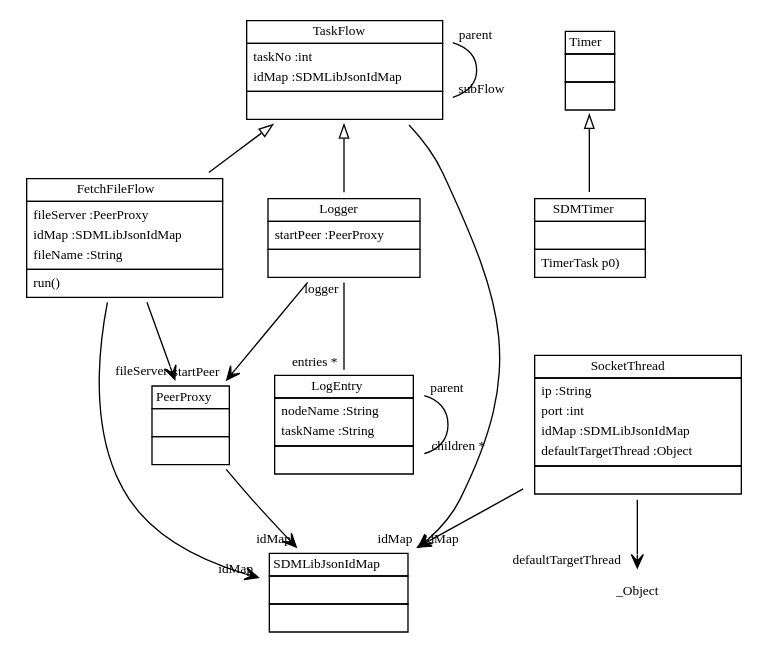
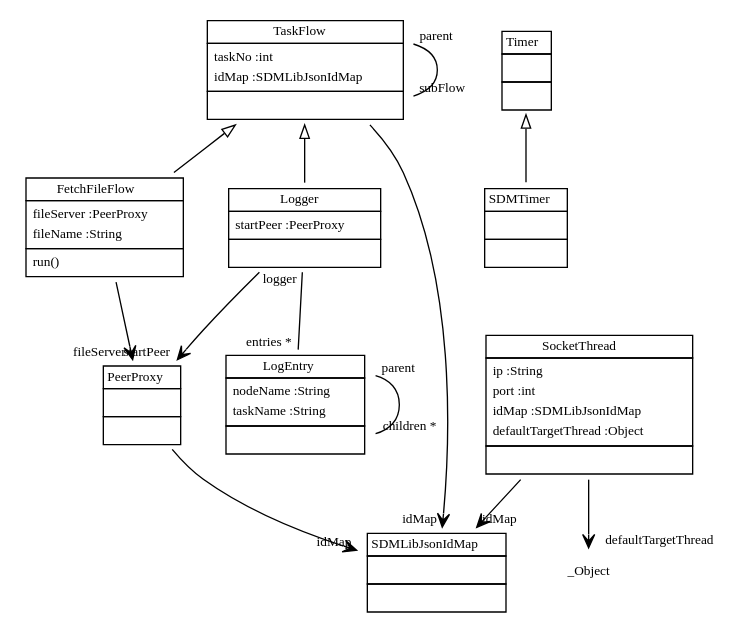
One commit to fujaba/SDMLib changed the diagram in doc/taskFlowModelClassDiagram1.dot. Above: the diagram before and after it, drawn with Graphviz. The commit also changed 9 other files, not shown here.

```diff
--- a/doc/taskFlowModelClassDiagram1.dot
+++ b/doc/taskFlowModelClassDiagram1.dot
@@ -1,33 +1,32 @@
 
  digraph ClassDiagram {
     node [shape = none, fontsize = 10]; 
     edge [fontsize = 10];
     
     
     _TaskFlow [label=<<table border='0' cellborder='1' cellspacing='0'> <tr> <td HREF="../src/TaskFlow.java">TaskFlow</td> </tr> <tr><td><table border='0' cellborder='0' cellspacing='0'> <tr><td align='left'>taskNo :int</td></tr> <tr><td align='left'>idMap :SDMLibJsonIdMap</td></tr>  </table></td></tr> <tr><td><table border='0' cellborder='0' cellspacing='0'> <tr><td> </td></tr> </table></td></tr> </table>>];
     _PeerProxy [label=<<table border='0' cellborder='1' cellspacing='0'> <tr> <td HREF="../src/PeerProxy.java">PeerProxy</td> </tr> <tr><td><table border='0' cellborder='0' cellspacing='0'> <tr><td align='left'>ip :String</td></tr> <tr><td align='left'>port :int</td></tr> <tr><td align='left'>idMap :SDMLibJsonIdMap</td></tr>  </table></td></tr> <tr><td><table border='0' cellborder='0' cellspacing='0'> <tr><td> </td></tr> </table></td></tr> </table>>];
     _SocketThread [label=<<table border='0' cellborder='1' cellspacing='0'> <tr> <td HREF="../src/SocketThread.java">SocketThread</td> </tr> <tr><td><table border='0' cellborder='0' cellspacing='0'> <tr><td align='left'>ip :String</td></tr> <tr><td align='left'>port :int</td></tr> <tr><td align='left'>idMap :SDMLibJsonIdMap</td></tr> <tr><td align='left'>defaultTargetThread :Object</td></tr>  </table></td></tr> <tr><td><table border='0' cellborder='0' cellspacing='0'> <tr><td> </td></tr> </table></td></tr> </table>>];
-    _FetchFileFlow [label=<<table border='0' cellborder='1' cellspacing='0'> <tr> <td HREF="../src/FetchFileFlow.java">FetchFileFlow</td> </tr> <tr><td><table border='0' cellborder='0' cellspacing='0'> <tr><td align='left'>fileServer :PeerProxy</td></tr> <tr><td align='left'>idMap :SDMLibJsonIdMap</td></tr> <tr><td align='left'>fileName :String</td></tr>  </table></td></tr> <tr><td><table border='0' cellborder='0' cellspacing='0'> <tr><td align='left'>run()</td></tr>  </table></td></tr> </table>>];
+    _FetchFileFlow [label=<<table border='0' cellborder='1' cellspacing='0'> <tr> <td HREF="../src/FetchFileFlow.java">FetchFileFlow</td> </tr> <tr><td><table border='0' cellborder='0' cellspacing='0'> <tr><td align='left'>fileServer :PeerProxy</td></tr> <tr><td align='left'>fileName :String</td></tr>  </table></td></tr> <tr><td><table border='0' cellborder='0' cellspacing='0'> <tr><td align='left'>run()</td></tr>  </table></td></tr> </table>>];
     _Logger [label=<<table border='0' cellborder='1' cellspacing='0'> <tr> <td HREF="../src/Logger.java">Logger</td> </tr> <tr><td><table border='0' cellborder='0' cellspacing='0'> <tr><td align='left'>startPeer :PeerProxy</td></tr>  </table></td></tr> <tr><td><table border='0' cellborder='0' cellspacing='0'> <tr><td> </td></tr> </table></td></tr> </table>>];
     _LogEntry [label=<<table border='0' cellborder='1' cellspacing='0'> <tr> <td HREF="../src/LogEntry.java">LogEntry</td> </tr> <tr><td><table border='0' cellborder='0' cellspacing='0'> <tr><td align='left'>nodeName :String</td></tr> <tr><td align='left'>taskName :String</td></tr>  </table></td></tr> <tr><td><table border='0' cellborder='0' cellspacing='0'> <tr><td> </td></tr> </table></td></tr> </table>>];
     _Timer [label=<<table border='0' cellborder='1' cellspacing='0'> <tr> <td HREF="../src/java/util/Timer.java">Timer</td> </tr> <tr><td><table border='0' cellborder='0' cellspacing='0'> <tr><td> </td></tr> </table></td></tr> <tr><td><table border='0' cellborder='0' cellspacing='0'> <tr><td> </td></tr> </table></td></tr> </table>>];
-    _SDMTimer [label=<<table border='0' cellborder='1' cellspacing='0'> <tr> <td HREF="../src/SDMTimer.java">SDMTimer</td> </tr> <tr><td><table border='0' cellborder='0' cellspacing='0'> <tr><td> </td></tr> </table></td></tr> <tr><td><table border='0' cellborder='0' cellspacing='0'> <tr><td align='left'>TimerTask p0)</td></tr>  </table></td></tr> </table>>];
+    _SDMTimer [label=<<table border='0' cellborder='1' cellspacing='0'> <tr> <td HREF="../src/SDMTimer.java">SDMTimer</td> </tr> <tr><td><table border='0' cellborder='0' cellspacing='0'> <tr><td> </td></tr> </table></td></tr> <tr><td><table border='0' cellborder='0' cellspacing='0'> <tr><td> </td></tr> </table></td></tr> </table>>];
     _SDMLibJsonIdMap [label=<<table border='0' cellborder='1' cellspacing='0'> <tr> <td HREF="../src/org/sdmlib/serialization/SDMLibJsonIdMap.java">SDMLibJsonIdMap</td> </tr> <tr><td><table border='0' cellborder='0' cellspacing='0'> <tr><td> </td></tr> </table></td></tr> <tr><td><table border='0' cellborder='0' cellspacing='0'> <tr><td> </td></tr> </table></td></tr> </table>>];
     _PeerProxy [label=<<table border='0' cellborder='1' cellspacing='0'> <tr> <td HREF="../src/org/sdmlib/model/taskflows/PeerProxy.java">PeerProxy</td> </tr> <tr><td><table border='0' cellborder='0' cellspacing='0'> <tr><td> </td></tr> </table></td></tr> <tr><td><table border='0' cellborder='0' cellspacing='0'> <tr><td> </td></tr> </table></td></tr> </table>>];
     
     
     
     _TaskFlow ->  _FetchFileFlow [dir = "back" arrowtail = "empty"];
     _TaskFlow ->  _Logger [dir = "back" arrowtail = "empty"];
     _Timer ->  _SDMTimer [dir = "back" arrowtail = "empty"];
     _TaskFlow -> _TaskFlow [headlabel = "subFlow" taillabel = "parent" arrowhead = "none" ];
     _Logger -> _LogEntry [headlabel = "entries *" taillabel = "logger" arrowhead = "none" ];
     _LogEntry -> _LogEntry [headlabel = "children *" taillabel = "parent" arrowhead = "none" ];
     _TaskFlow -> _SDMLibJsonIdMap [headlabel = "idMap" taillabel = "" arrowhead = "vee" ];
     _PeerProxy -> _SDMLibJsonIdMap [headlabel = "idMap" taillabel = "" arrowhead = "vee" ];
     _SocketThread -> _SDMLibJsonIdMap [headlabel = "idMap" taillabel = "" arrowhead = "vee" ];
     _SocketThread -> _Object [headlabel = "defaultTargetThread" taillabel = "" arrowhead = "vee" ];
     _FetchFileFlow -> _PeerProxy [headlabel = "fileServer" taillabel = "" arrowhead = "vee" ];
-    _FetchFileFlow -> _SDMLibJsonIdMap [headlabel = "idMap" taillabel = "" arrowhead = "vee" ];
     _Logger -> _PeerProxy [headlabel = "startPeer" taillabel = "" arrowhead = "vee" ];
 }
```
